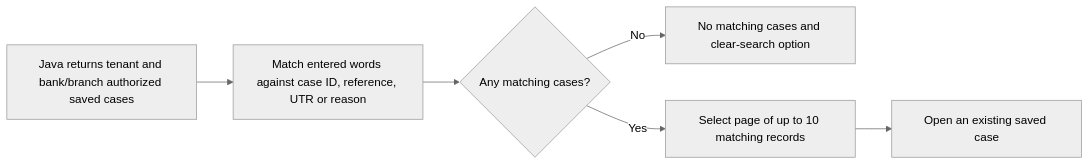
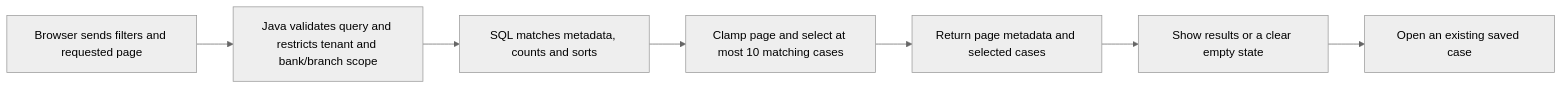
One commit to pratikmraut/payment-operations-investigator changed the second of 2 diagrams in docs/PAYMENT_DISCOVERY.md. Above: the diagram before and after it, drawn with Mermaid (neutral theme). The commit also changed other lines of this file and 145 other files, not shown here.

````diff
--- a/docs/PAYMENT_DISCOVERY.md
+++ b/docs/PAYMENT_DISCOVERY.md
@@ -41,8 +41,9 @@
 ```mermaid
 flowchart LR
-    A[Java returns tenant and bank/branch authorized saved cases] --> B[Match entered words against case ID, reference, UTR or reason]
-    B --> C{Any matching cases?}
-    C -->|No| D[No matching cases and clear-search option]
-    C -->|Yes| E[Select page of up to 10 matching records]
-    E --> F[Open an existing saved case]
+    A[Browser sends filters and requested page] --> B[Java validates query and restricts tenant and bank/branch scope]
+    B --> C[SQL matches metadata, counts and sorts]
+    C --> D[Clamp page and select at most 10 matching cases]
+    D --> E[Return page metadata and selected cases]
+    E --> F[Show results or a clear empty state]
+    F --> G[Open an existing saved case]
 ```
````
